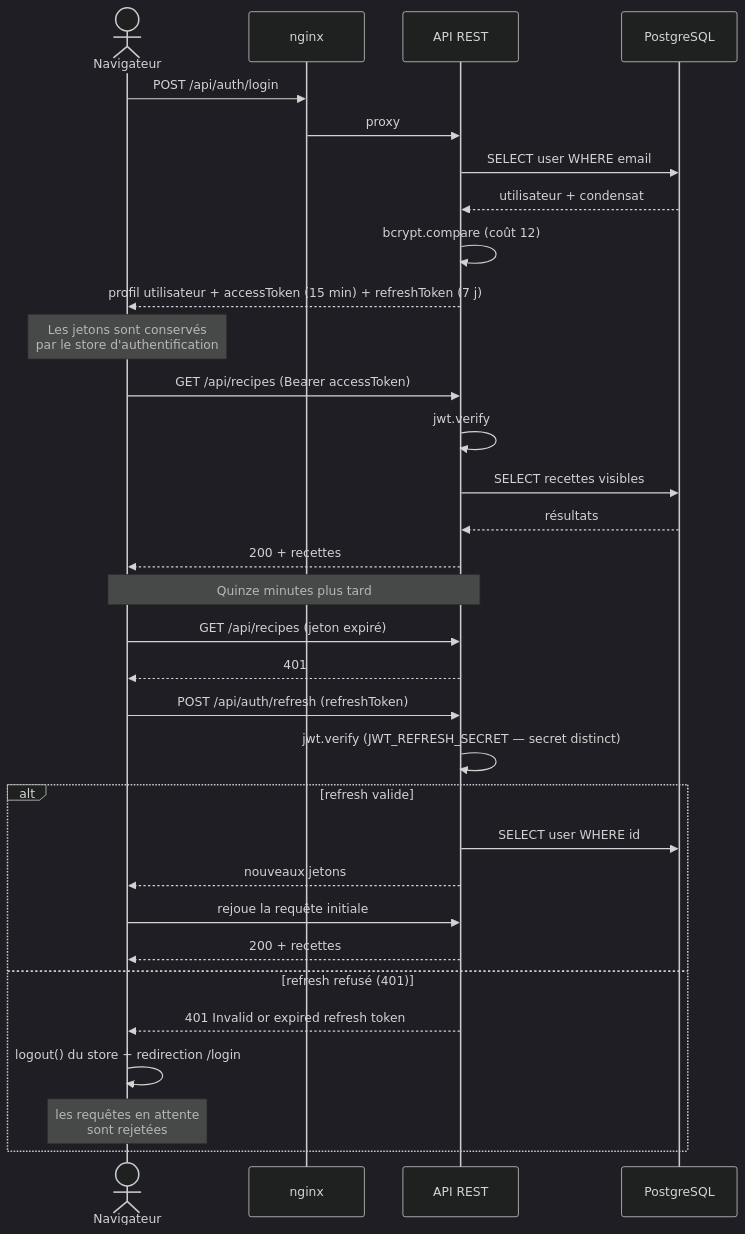
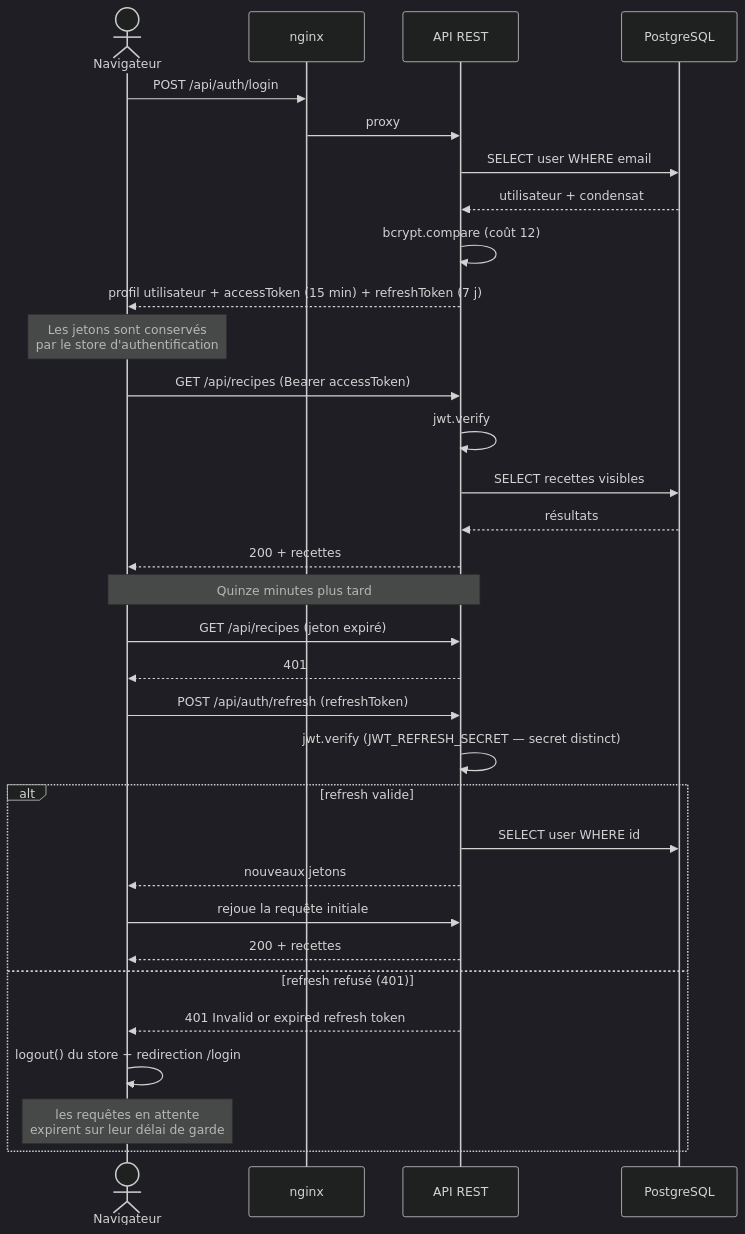
Before and after one commit to assurleaddev/supmeal: the third of 10 diagrams in docs/documentation-technique.md, drawn with Mermaid (dark theme). The commit also changed other lines of this file and 2 other files, not shown here.

````diff
--- a/docs/documentation-technique.md
+++ b/docs/documentation-technique.md
@@ -626,40 +640,40 @@
 ```mermaid
 sequenceDiagram
     actor U as Navigateur
     participant N as nginx
     participant A as API REST
     participant D as PostgreSQL
 
     U->>N: POST /api/auth/login
     N->>A: proxy
     A->>D: SELECT user WHERE email
     D-->>A: utilisateur + condensat
     A->>A: bcrypt.compare (coût 12)
     A-->>U: profil utilisateur + accessToken (15 min) + refreshToken (7 j)
 
     Note over U: Les jetons sont conservés<br/>par le store d'authentification
 
     U->>A: GET /api/recipes (Bearer accessToken)
     A->>A: jwt.verify
     A->>D: SELECT recettes visibles
     D-->>A: résultats
     A-->>U: 200 + recettes
 
     Note over U,A: Quinze minutes plus tard
 
     U->>A: GET /api/recipes (jeton expiré)
     A-->>U: 401
     U->>A: POST /api/auth/refresh (refreshToken)
     A->>A: jwt.verify (JWT_REFRESH_SECRET — secret distinct)
 
     alt refresh valide
         A->>D: SELECT user WHERE id
         A-->>U: nouveaux jetons
         U->>A: rejoue la requête initiale
         A-->>U: 200 + recettes
     else refresh refusé (401)
         A-->>U: 401 Invalid or expired refresh token
         U->>U: logout() du store + redirection /login
-        Note over U: les requêtes en attente<br/>sont rejetées
+        Note over U: les requêtes en attente<br/>expirent sur leur délai de garde
     end
 ```
````
